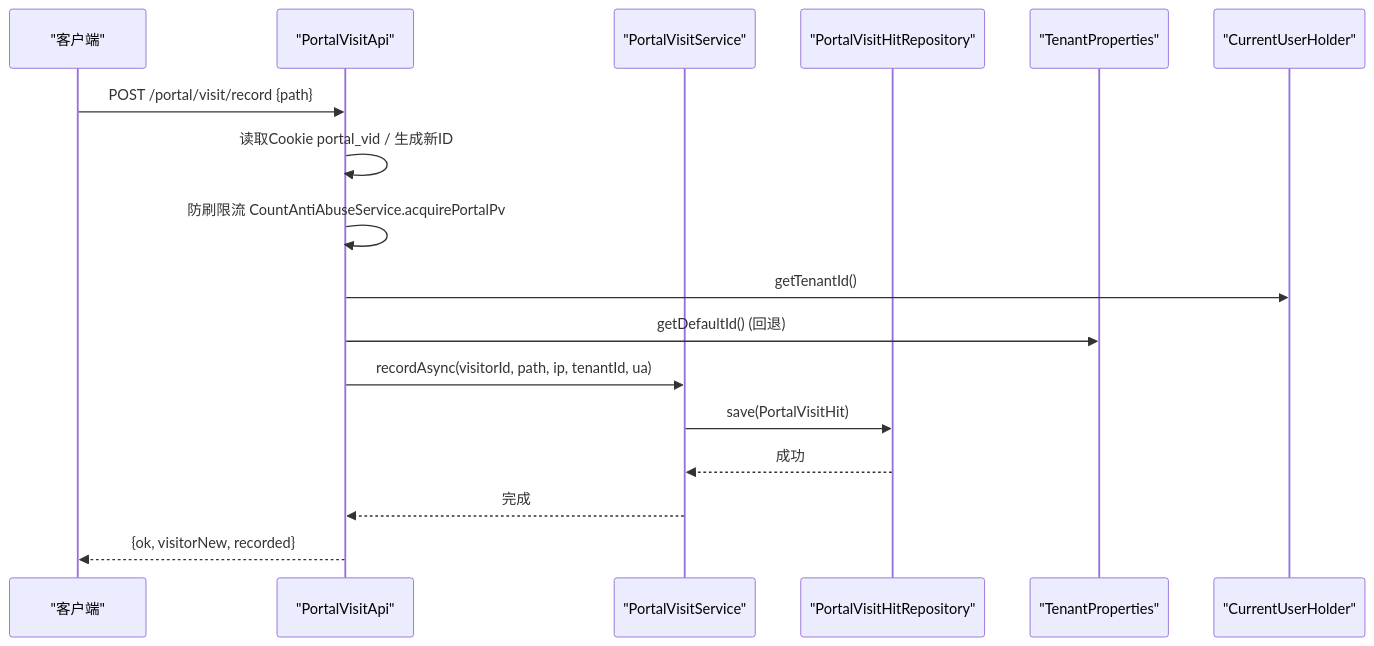
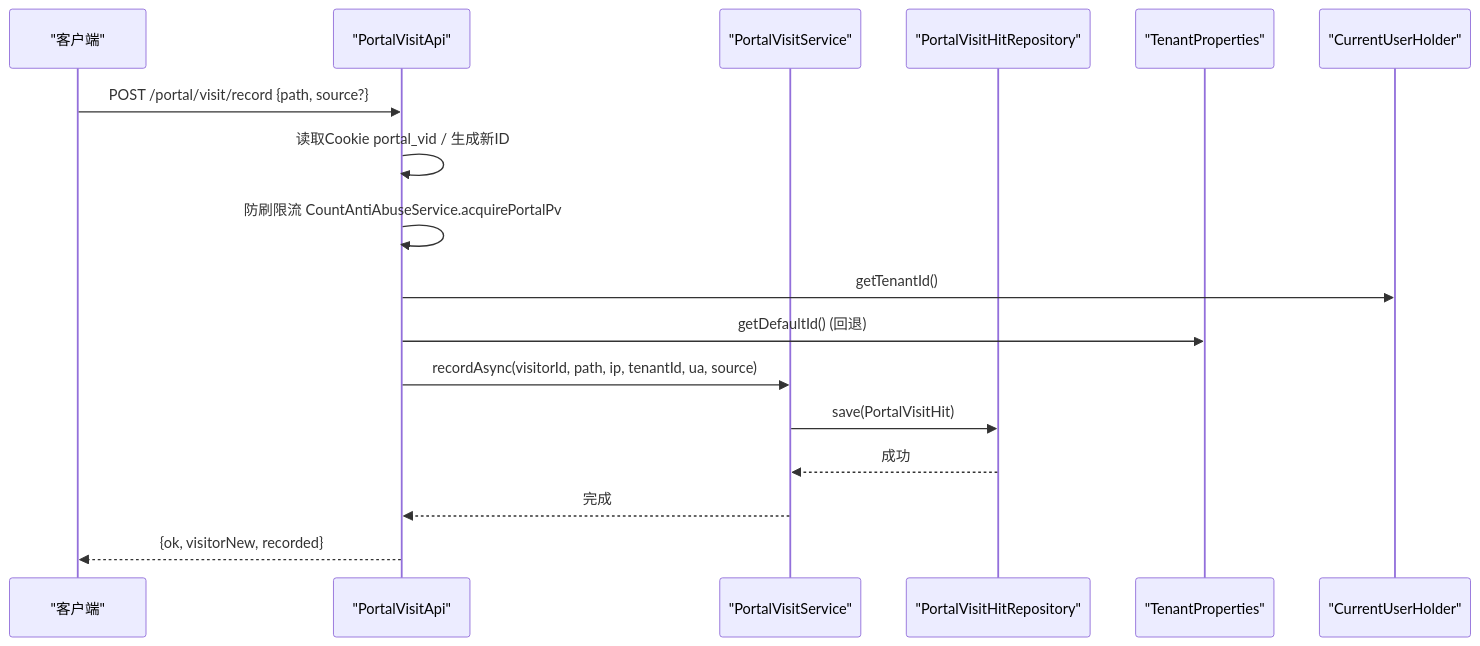
Before and after one commit to skvan/bsdone: the second of 6 diagrams in docs/tech/API接口参考/门户系统API.md, drawn with Mermaid. The commit also changed other lines of this file and 1 other file, not shown here.

Commit message:
docs: 同步微信 JSSDK 接口与 portal_visit_hit.source

````diff
--- a/docs/tech/API接口参考/门户系统API.md
+++ b/docs/tech/API接口参考/门户系统API.md
@@ -58,19 +58,19 @@
 ```mermaid
 sequenceDiagram
 participant C as "客户端"
 participant V as "PortalVisitApi"
 participant S as "PortalVisitService"
 participant R as "PortalVisitHitRepository"
 participant T as "TenantProperties"
 participant H as "CurrentUserHolder"
-C->>V : POST /portal/visit/record {path}
+C->>V : POST /portal/visit/record {path, source?}
 V->>V : 读取Cookie portal_vid / 生成新ID
 V->>V : 防刷限流 CountAntiAbuseService.acquirePortalPv
 V->>H : getTenantId()
 V->>T : getDefaultId() (回退)
-V->>S : recordAsync(visitorId, path, ip, tenantId, ua)
+V->>S : recordAsync(visitorId, path, ip, tenantId, ua, source)
 S->>R : save(PortalVisitHit)
 R-->>S : 成功
 S-->>V : 完成
 V-->>C : {ok, visitorNew, recorded}
 ```
````
